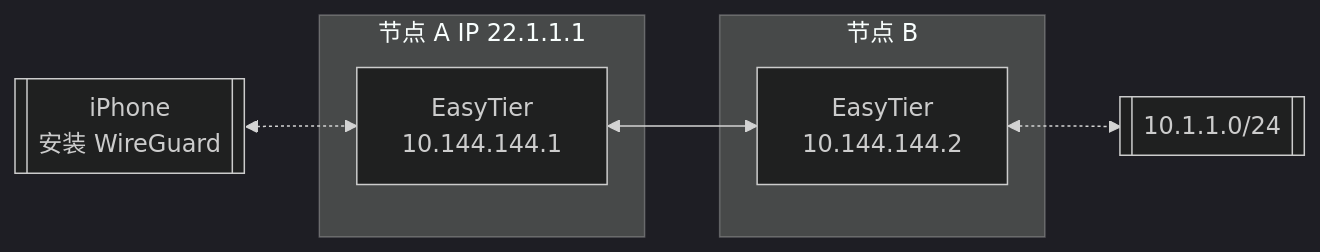
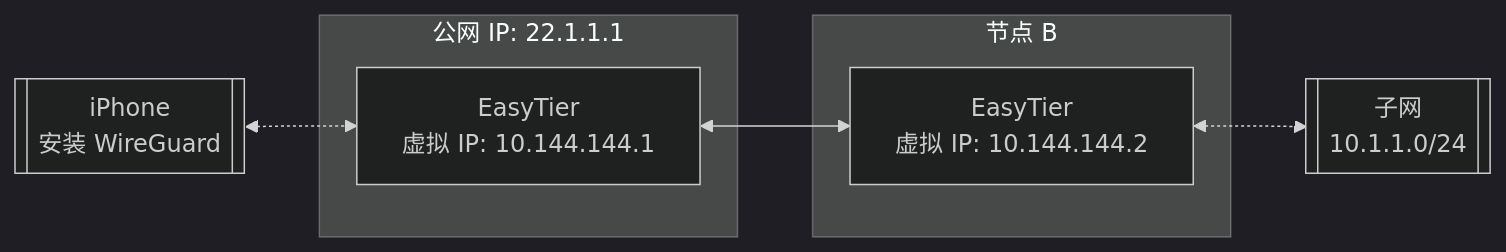
One commit to EasyTier/easytier.github.io changed the diagram in guide/network/use-easytier-with-wireguard-client.md. Above: the diagram before and after it, drawn with Mermaid (dark theme). The commit also changed other lines of this file and 24 other files, not shown here.

````diff
--- a/guide/network/use-easytier-with-wireguard-client.md
+++ b/guide/network/use-easytier-with-wireguard-client.md
@@ -7,17 +10,16 @@
 ```mermaid
 flowchart LR
+ios[[iPhone<br/>安装 WireGuard]]
 
-ios[[iPhone </br> 安装 WireGuard]]
-
-subgraph 节点 A IP 22.1.1.1
-nodea[EasyTier</br>10.144.144.1]
+subgraph 节点 A [公网 IP: 22.1.1.1]
+  nodea[EasyTier<br/>虚拟 IP: 10.144.144.1]
 end
 
 subgraph 节点 B
-nodeb[EasyTier</br>10.144.144.2]
+  nodeb[EasyTier<br/>虚拟 IP: 10.144.144.2]
 end
 
-id1[[10.1.1.0/24]]
+id1[[子网<br/>10.1.1.0/24]]
 
 ios <-.-> nodea <--> nodeb <-.-> id1
 ```
````
